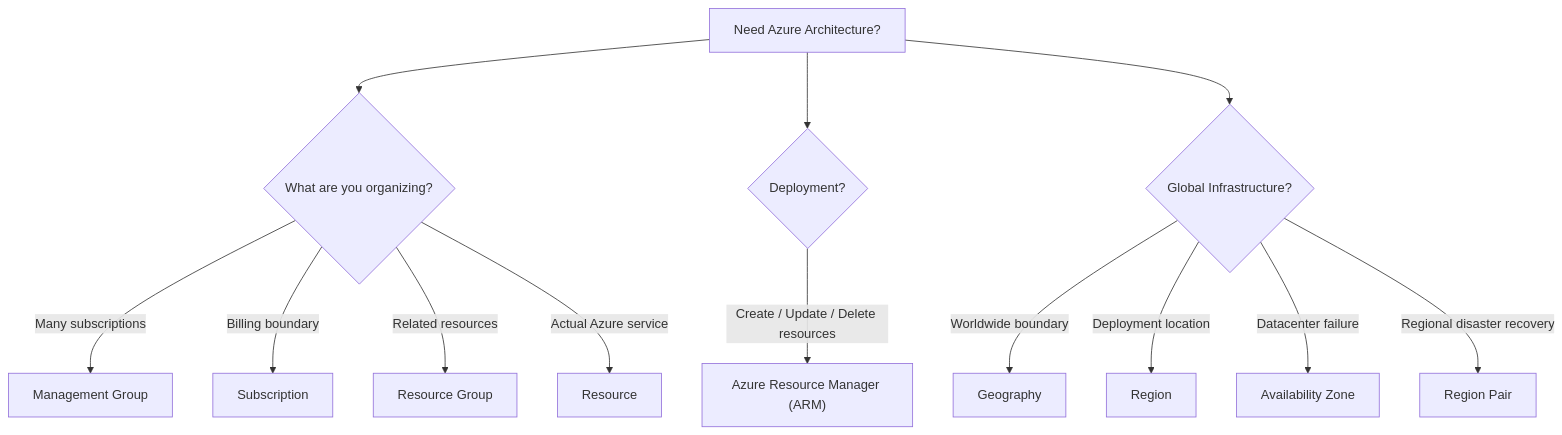
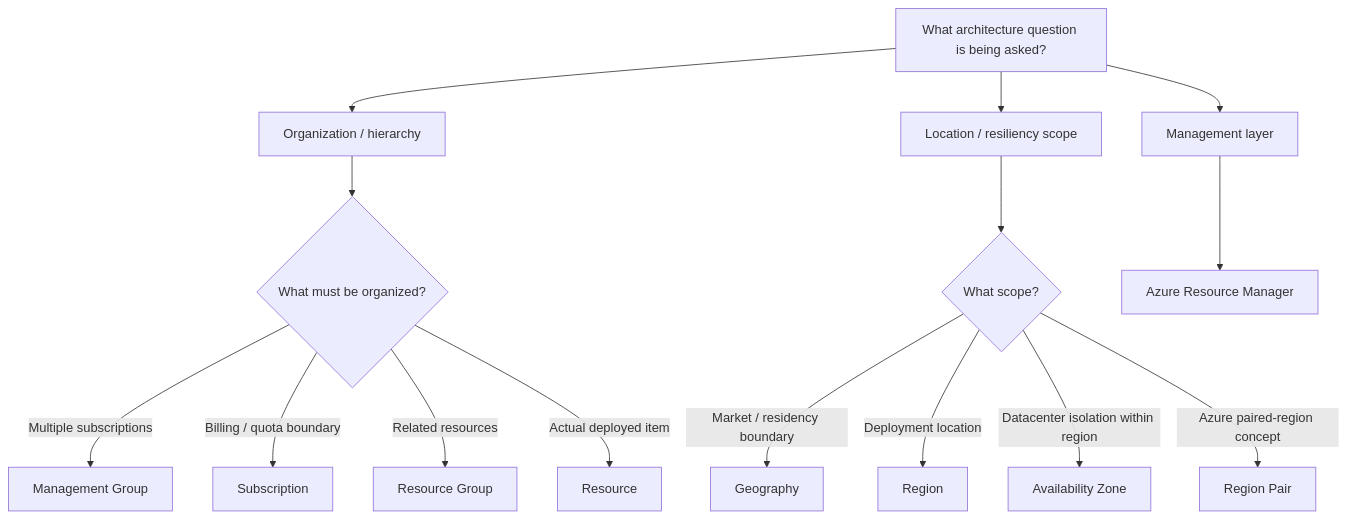
One commit to zhyordanova/azure-fundamentals-handbook changed the diagram in exam/decision-trees/azure-architecture-decision-tree.md. Above: the diagram before and after it, drawn with Mermaid. The commit also changed other lines of this file and 19 other files, not shown here.

Commit message:
feat: upgrade cloud concepts and Azure architecture with decision-based exam reasoning

````diff
--- a/exam/decision-trees/azure-architecture-decision-tree.md
+++ b/exam/decision-trees/azure-architecture-decision-tree.md
@@ -3,27 +5,21 @@
 ```mermaid
 flowchart TD
+    A["What architecture question is being asked?"]
+    A --> B["Organization / hierarchy"]
+    A --> C["Location / resiliency scope"]
+    A --> D["Management layer"]
 
-    A["Need Azure Architecture?"] --> B{"What are you organizing?"}
+    B --> B1{"What must be organized?"}
+    B1 -->|"Multiple subscriptions"| MG["Management Group"]
+    B1 -->|"Billing / quota boundary"| SUB["Subscription"]
+    B1 -->|"Related resources"| RG["Resource Group"]
+    B1 -->|"Actual deployed item"| RES["Resource"]
 
-    B -->|Many subscriptions| C["Management Group"]
+    C --> C1{"What scope?"}
+    C1 -->|"Market / residency boundary"| GEO["Geography"]
+    C1 -->|"Deployment location"| REGION["Region"]
+    C1 -->|"Datacenter isolation within region"| AZ["Availability Zone"]
+    C1 -->|"Azure paired-region concept"| PAIR["Region Pair"]
 
-    B -->|Billing boundary| D["Subscription"]
-
-    B -->|Related resources| E["Resource Group"]
-
-    B -->|Actual Azure service| F["Resource"]
-
-    A --> G{"Deployment?"}
-
-    G -->|Create / Update / Delete resources| H["Azure Resource Manager (ARM)"]
-
-    A --> I{"Global Infrastructure?"}
-
-    I -->|Worldwide boundary| J["Geography"]
-
-    I -->|Deployment location| K["Region"]
-
-    I -->|Datacenter failure| L["Availability Zone"]
-
-    I -->|Regional disaster recovery| M["Region Pair"]
+    D --> ARM["Azure Resource Manager"]
 ```
````
